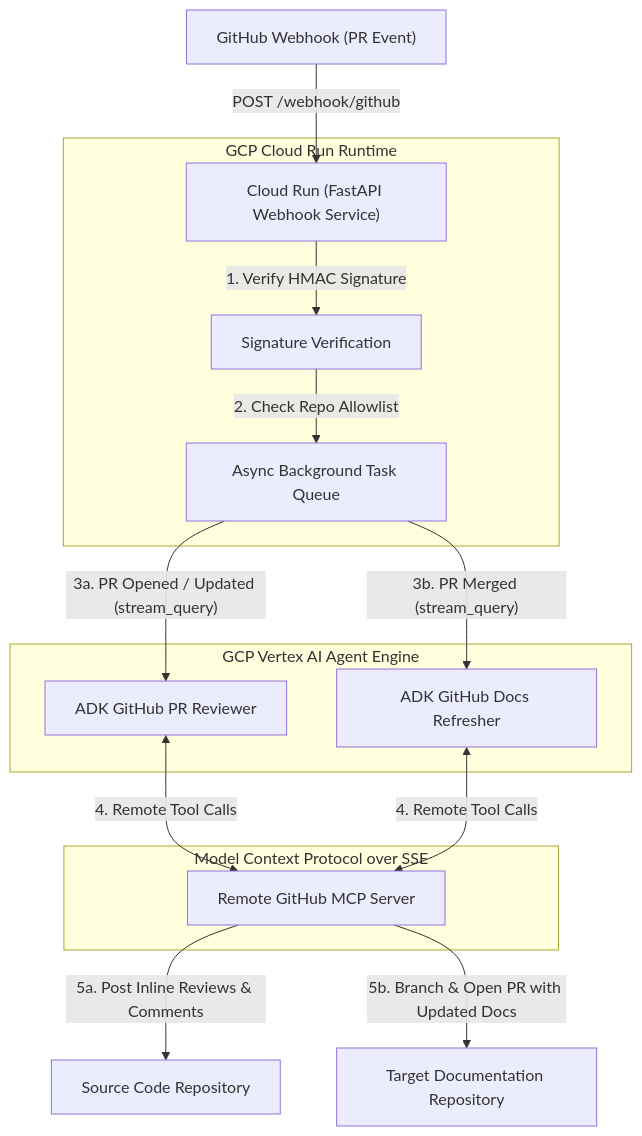
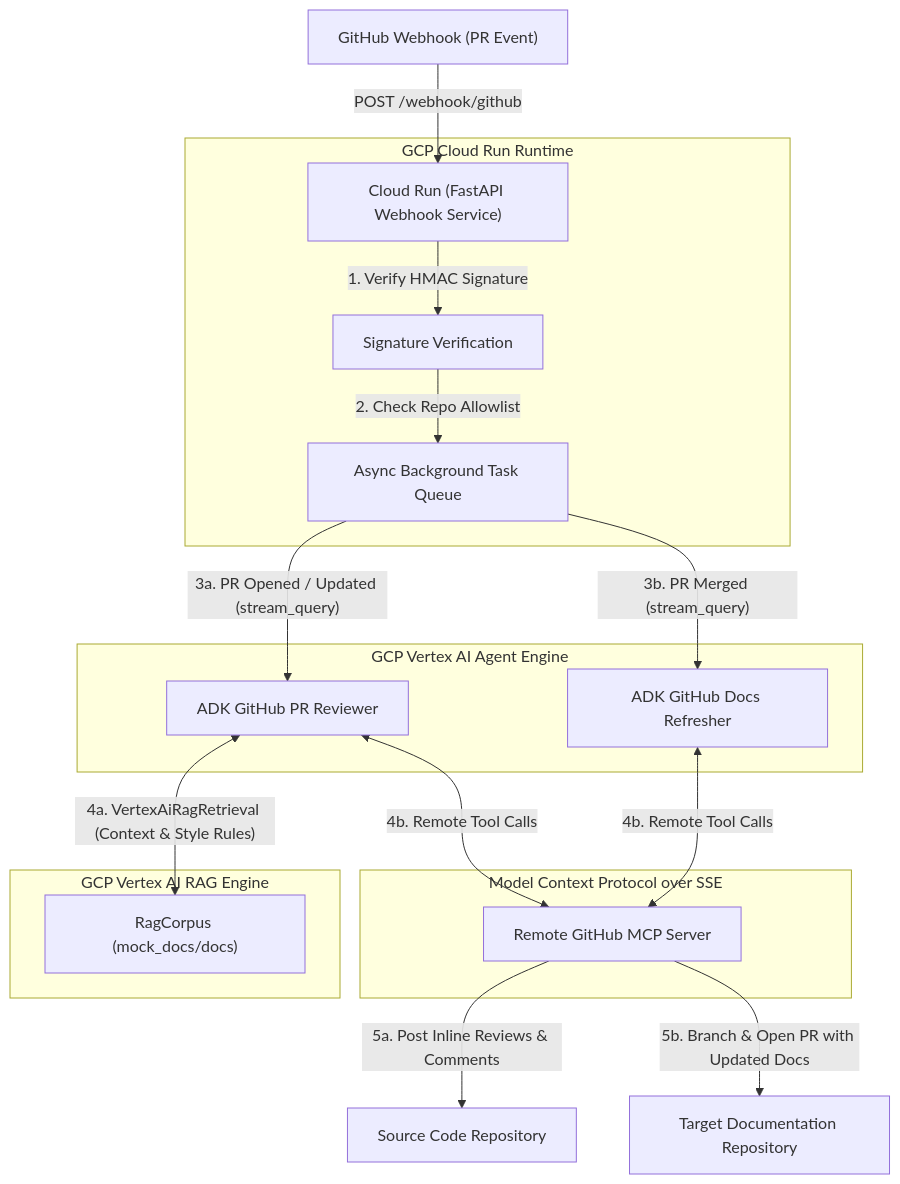
The diagram in README.md (hning86/github_agents), drawn with Mermaid before and after one commit. The commit also changed other lines of this file and 10 other files, not shown here.

Commit message:
feat: add Vertex AI RAG Engine integration (mock_docs), RAG demo traps guide, favicon endpoint, and move test scripts to test/

````diff
--- a/README.md
+++ b/README.md
@@ -11,22 +11,26 @@
 ```mermaid
 flowchart TD
     GH["GitHub Webhook (PR Event)"] -->|POST /webhook/github| CR["Cloud Run (FastAPI Webhook Service)"]
     
     subgraph CR_Service ["GCP Cloud Run Runtime"]
         CR -->|"1. Verify HMAC Signature"| Auth["Signature Verification"]
         Auth -->|"2. Check Repo Allowlist"| Dispatch["Async Background Task Queue"]
     end
 
     subgraph AE ["GCP Vertex AI Agent Engine"]
         Dispatch -->|"3a. PR Opened / Updated (stream_query)"| PR_Agent["ADK GitHub PR Reviewer"]
         Dispatch -->|"3b. PR Merged (stream_query)"| Docs_Agent["ADK GitHub Docs Refresher"]
     end
 
+    subgraph RAG ["GCP Vertex AI RAG Engine"]
+        PR_Agent <-->|"4a. VertexAiRagRetrieval (Context & Style Rules)"| RAG_Corpus["RagCorpus (mock_docs/docs)"]
+    end
+
     subgraph MCP ["Model Context Protocol over SSE"]
-        PR_Agent <-->|"4. Remote Tool Calls"| MCP_Server["Remote GitHub MCP Server"]
-        Docs_Agent <-->|"4. Remote Tool Calls"| MCP_Server
+        PR_Agent <-->|"4b. Remote Tool Calls"| MCP_Server["Remote GitHub MCP Server"]
+        Docs_Agent <-->|"4b. Remote Tool Calls"| MCP_Server
     end
 
     MCP_Server -->|"5a. Post Inline Reviews & Comments"| Source_Repo["Source Code Repository"]
     MCP_Server -->|"5b. Branch & Open PR with Updated Docs"| Docs_Repo["Target Documentation Repository"]
 ```
````
